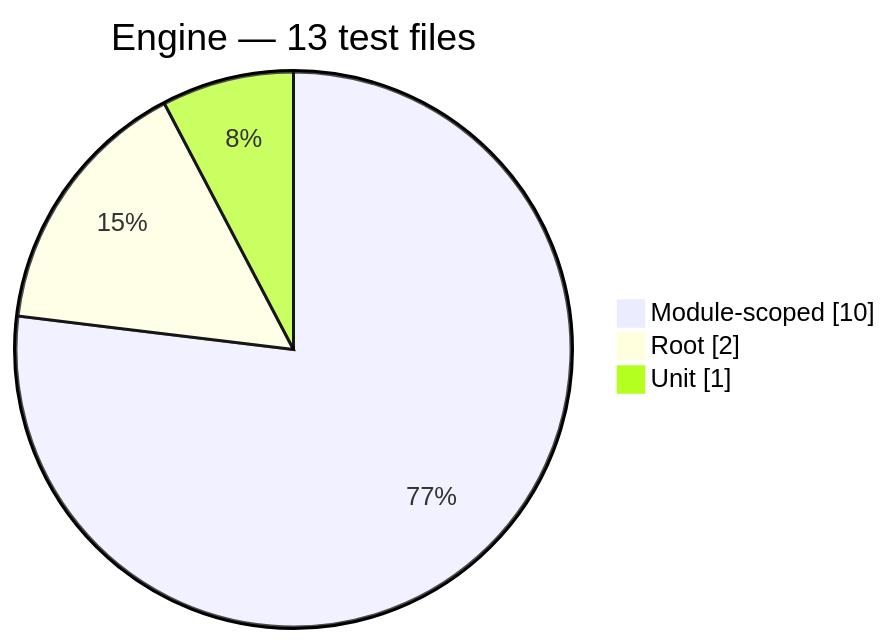
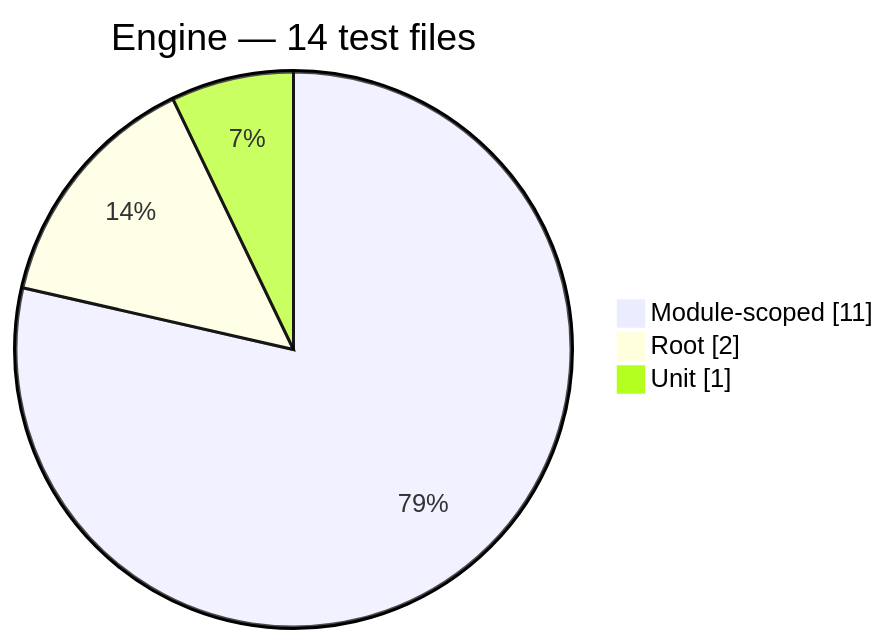
One commit to PHP-Arazzo/php-arazzo changed the sixth of 13 diagrams in docs/generated/test-composition.md. Above: the diagram before and after it, drawn with Mermaid. The commit also changed other lines of this file and 31 other files, not shown here.

````diff
--- a/docs/generated/test-composition.md
+++ b/docs/generated/test-composition.md
@@ -90,7 +90,7 @@
 ```mermaid
 pie showData
-    title Engine — 13 test files
-    "Module-scoped": 10
+    title Engine — 14 test files
+    "Module-scoped": 11
     "Root": 2
     "Unit": 1
 ```
````
